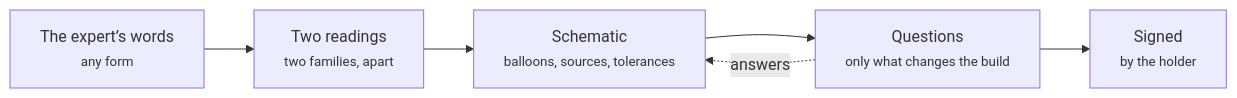
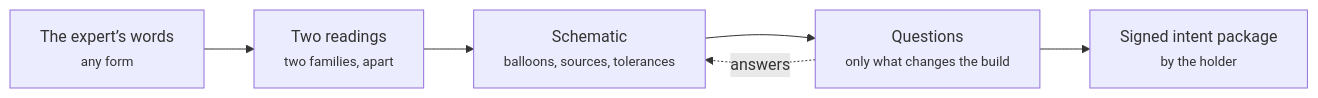
Before and after one commit to russlittle/ZTHR: the diagram in intent/docs/line/intent.md, drawn with Mermaid. The commit also changed other lines of this file and 76 other files, not shown here.

````diff
--- a/intent/docs/line/intent.md
+++ b/intent/docs/line/intent.md
@@ -11,13 +11,13 @@
 ```mermaid
 flowchart LR
   w["The expert’s words<br><small>any form</small>"]
   r["Two readings<br><small>two families, apart</small>"]
   s["Schematic<br><small>balloons, sources, tolerances</small>"]
   q["Questions<br><small>only what changes the build</small>"]
-  g["Signed<br><small>by the holder</small>"]
+  g["Signed intent package<br><small>by the holder</small>"]
   w --> r
   r --> s
   s --> q
   q --> g
   q -.->|answers| s
 ```
````
